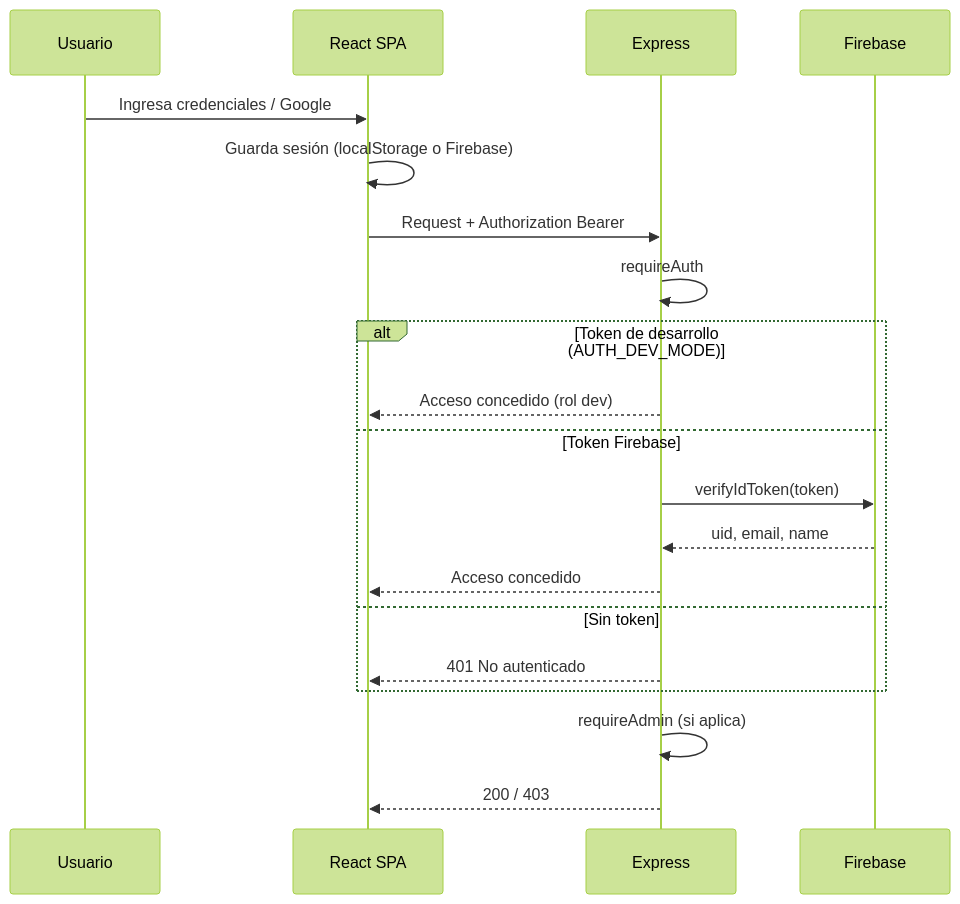
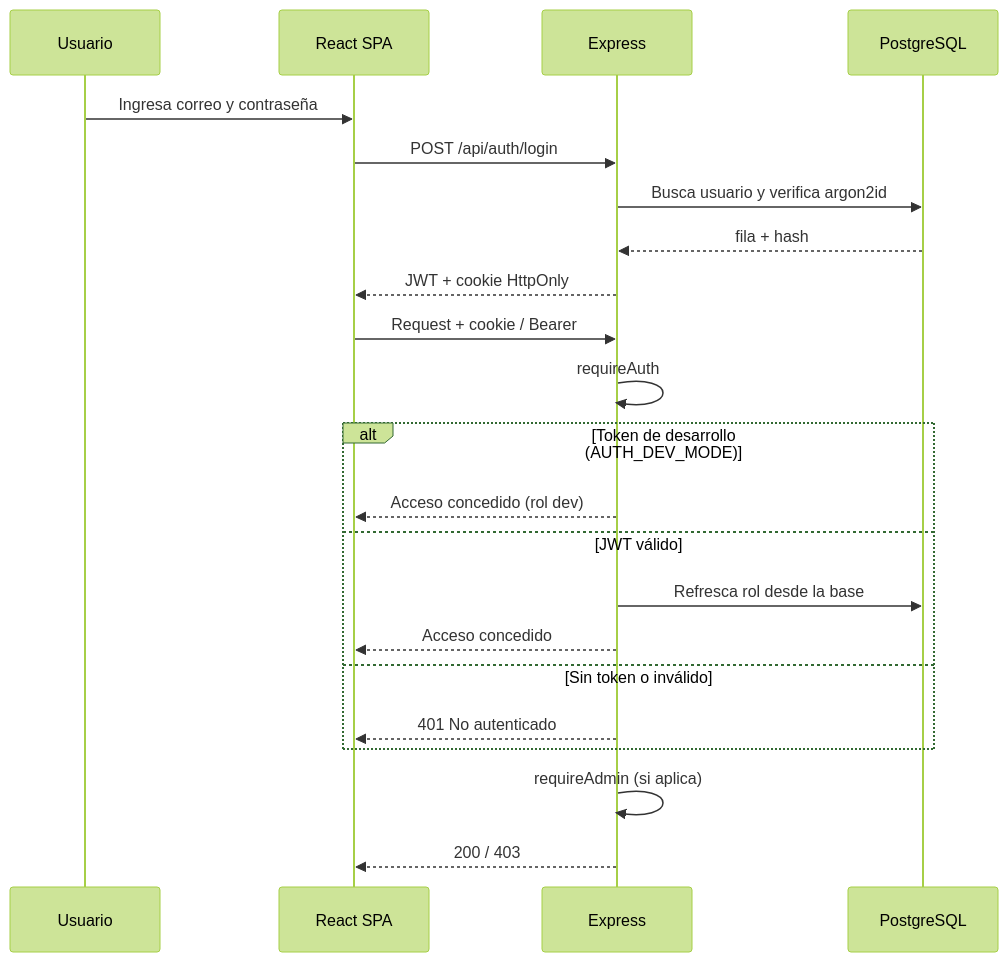
One commit to wanglingtech/PV_Padron_Vehicular changed the third of 6 diagrams in docs/DIAGRAMAS.md. Above: the diagram before and after it, drawn with Mermaid (forest theme). The commit also changed other lines of this file and 12 other files, not shown here.

````diff
--- a/docs/DIAGRAMAS.md
+++ b/docs/DIAGRAMAS.md
@@ -161,23 +160,25 @@
 ```mermaid
 sequenceDiagram
     participant U as Usuario
     participant SPA as React SPA
     participant API as Express
-    participant FB as Firebase
+    participant PG as PostgreSQL
 
-    U->>SPA: Ingresa credenciales / Google
-    SPA->>SPA: Guarda sesión (localStorage o Firebase)
-    SPA->>API: Request + Authorization Bearer
+    U->>SPA: Ingresa correo y contraseña
+    SPA->>API: POST /api/auth/login
+    API->>PG: Busca usuario y verifica argon2id
+    PG-->>API: fila + hash
+    API-->>SPA: JWT + cookie HttpOnly
+    SPA->>API: Request + cookie / Bearer
     API->>API: requireAuth
     alt Token de desarrollo (AUTH_DEV_MODE)
         API-->>SPA: Acceso concedido (rol dev)
-    else Token Firebase
-        API->>FB: verifyIdToken(token)
-        FB-->>API: uid, email, name
+    else JWT válido
+        API->>PG: Refresca rol desde la base
         API-->>SPA: Acceso concedido
-    else Sin token
+    else Sin token o inválido
         API-->>SPA: 401 No autenticado
     end
     API->>API: requireAdmin (si aplica)
     API-->>SPA: 200 / 403
 ```
````
